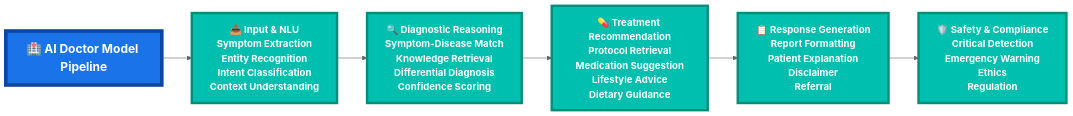
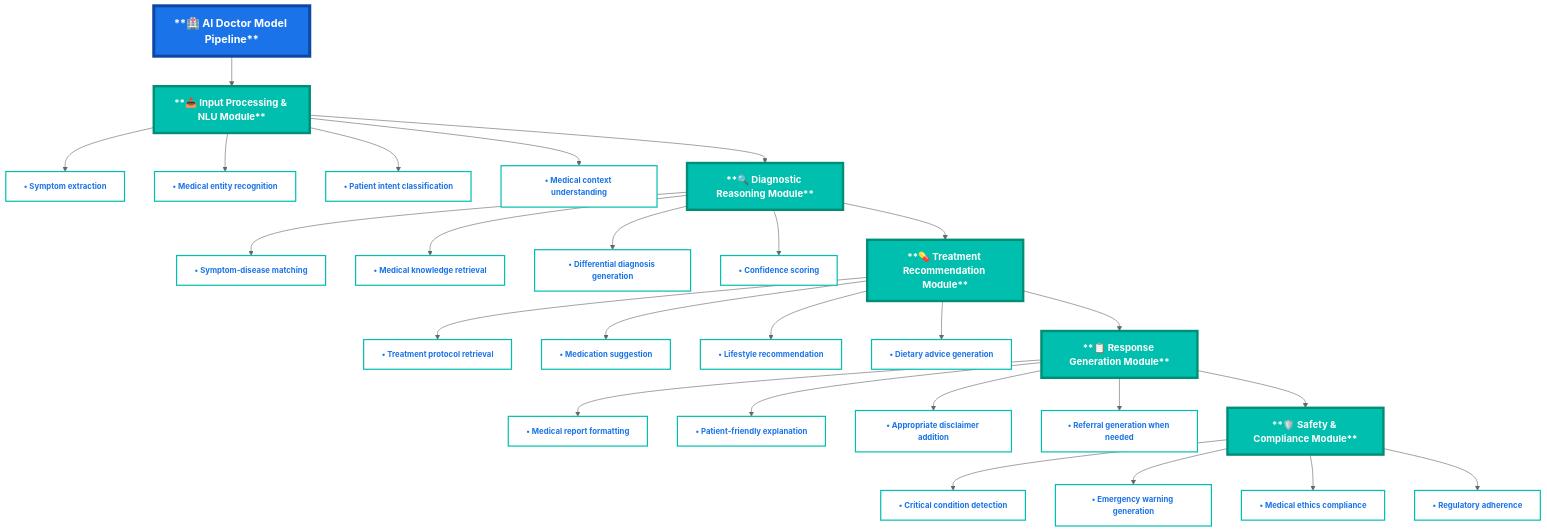
The second of 2 diagrams in README.md (Blacksujit/Health-Summerize-AI), drawn with Mermaid (neutral theme) before and after one commit.

Commit message:
added arcitect.  diagram✅✅

````diff
--- a/README.md
+++ b/README.md
@@ -311,22 +311,80 @@
 ```mermaid
-flowchart LR
-  %% Main Header
-  A["🏥 <b>AI Doctor Model Pipeline</b>"]
-
-  %% Modules as compact blocks
-  B["<b>📥 Input & NLU</b><br><span style='font-size:12px;'>Symptom Extraction<br>Entity Recognition<br>Intent Classification<br>Context Understanding</span>"]
-  C["<b>🔍 Diagnostic Reasoning</b><br><span style='font-size:12px;'>Symptom-Disease Match<br>Knowledge Retrieval<br>Differential Diagnosis<br>Confidence Scoring</span>"]
-  D["<b>💊 Treatment Recommendation</b><br><span style='font-size:12px;'>Protocol Retrieval<br>Medication Suggestion<br>Lifestyle Advice<br>Dietary Guidance</span>"]
-  E["<b>📋 Response Generation</b><br><span style='font-size:12px;'>Report Formatting<br>Patient Explanation<br>Disclaimer<br>Referral</span>"]
-  F["<b>🛡️ Safety & Compliance</b><br><span style='font-size:12px;'>Critical Detection<br>Emergency Warning<br>Ethics<br>Regulation</span>"]
-
-  %% Flow Connections (horizontal, then vertical for last step)
-  A --> B --> C --> D --> E --> F
-
-  %% Styling for compact, bold blocks
-  classDef mainHeader fill:#1a73e8,stroke:#0d47a1,stroke-width:6px,color:#fff,font-weight:bold,font-size:20px
-  classDef moduleBlock fill:#00bfae,stroke:#008e76,stroke-width:4px,color:#fff,font-weight:bold,font-size:16px
-
-  class A mainHeader
-  class B,C,D,E,F moduleBlock
+flowchart TD
+    %% Main Header - Standalone and Prominent
+    A["**🏥 AI Doctor Model Pipeline**"]
+    
+    %% Input Processing Module
+    B["**📥 Input Processing & NLU Module**"]
+    B1["• Symptom extraction"]
+    B2["• Medical entity recognition"]
+    B3["• Patient intent classification"]
+    B4["• Medical context understanding"]
+    
+    %% Diagnostic Reasoning Module
+    C["**🔍 Diagnostic Reasoning Module**"]
+    C1["• Symptom-disease matching"]
+    C2["• Medical knowledge retrieval"]
+    C3["• Differential diagnosis generation"]
+    C4["• Confidence scoring"]
+    
+    %% Treatment Recommendation Module
+    D["**💊 Treatment Recommendation Module**"]
+    D1["• Treatment protocol retrieval"]
+    D2["• Medication suggestion"]
+    D3["• Lifestyle recommendation"]
+    D4["• Dietary advice generation"]
+    
+    %% Response Generation Module
+    E["**📋 Response Generation Module**"]
+    E1["• Medical report formatting"]
+    E2["• Patient-friendly explanation"]
+    E3["• Appropriate disclaimer addition"]
+    E4["• Referral generation when needed"]
+    
+    %% Safety & Compliance Module
+    F["**🛡️ Safety & Compliance Module**"]
+    F1["• Critical condition detection"]
+    F2["• Emergency warning generation"]
+    F3["• Medical ethics compliance"]
+    F4["• Regulatory adherence"]
+    
+    %% Flow Connections
+    A --> B
+    B --> B1
+    B --> B2
+    B --> B3
+    B --> B4
+    B --> C
+    
+    C --> C1
+    C --> C2
+    C --> C3
+    C --> C4
+    C --> D
+    
+    D --> D1
+    D --> D2
+    D --> D3
+    D --> D4
+    D --> E
+    
+    E --> E1
+    E --> E2
+    E --> E3
+    E --> E4
+    E --> F
+    
+    F --> F1
+    F --> F2
+    F --> F3
+    F --> F4
+    
+    %% Enhanced Styling for Better Visibility
+    classDef mainHeader fill:#1a73e8,stroke:#0d47a1,stroke-width:5px,color:#ffffff,font-weight:bold,font-size:18px
+    classDef moduleHeader fill:#00bfae,stroke:#008e76,stroke-width:4px,color:#ffffff,font-weight:bold,font-size:16px
+    classDef featureItem fill:#ffffff,stroke:#00bfae,stroke-width:2px,color:#1a73e8,font-weight:bold,font-size:13px
+    
+    class A mainHeader
+    class B,C,D,E,F moduleHeader
+    class B1,B2,B3,B4,C1,C2,C3,C4,D1,D2,D3,D4,E1,E2,E3,E4,F1,F2,F3,F4 featureItem
 ```
````
